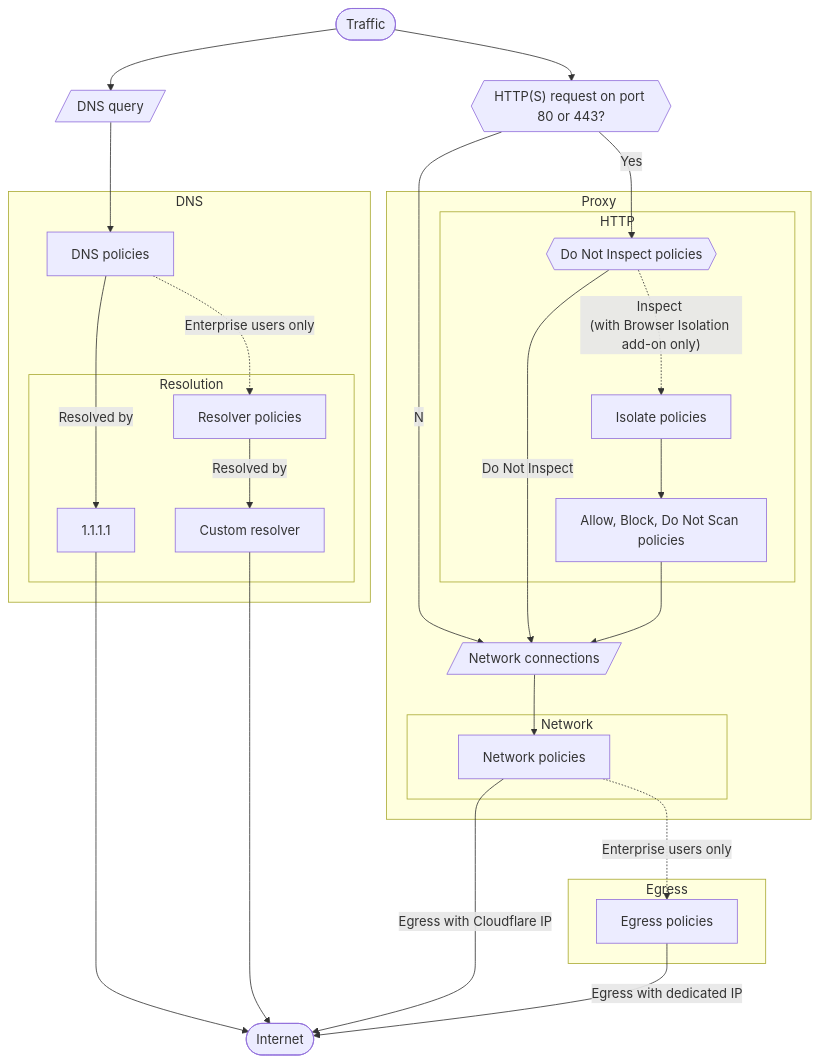
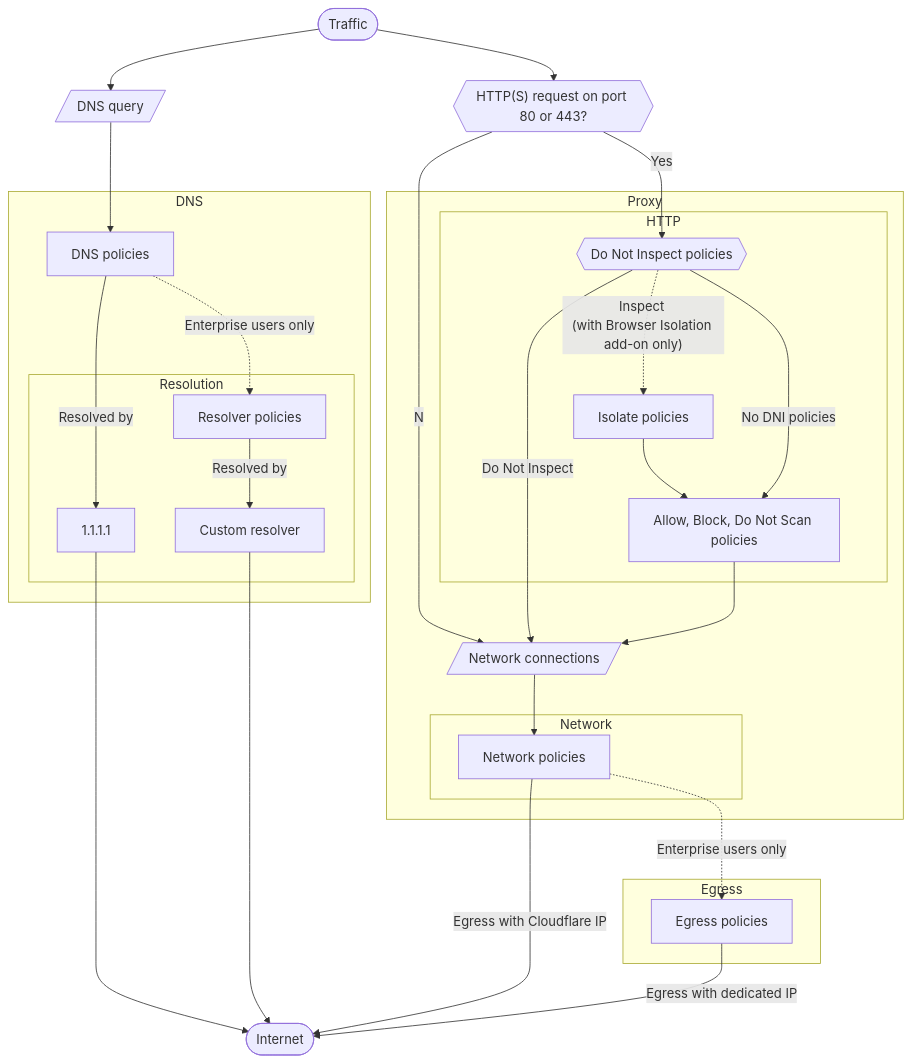
One commit to cloudflare/cloudflare-docs changed the diagram in content/cloudflare-one/policies/gateway/order-of-enforcement.md. Above: the diagram before and after it, drawn with Mermaid.

Commit message:
Add link for no DNI policies

````diff
--- a/content/cloudflare-one/policies/gateway/order-of-enforcement.md
+++ b/content/cloudflare-one/policies/gateway/order-of-enforcement.md
@@ -11,58 +11,59 @@
 ```mermaid
 flowchart TB
     %% Accessibility
     accTitle: Gateway order of enforcement
     accDescr: Flowchart describing the order of enforcement for Gateway policies.
 
     %% In with user traffic
     start(["Traffic"])-->dns0[/"DNS query"/]-->dns1
     start-->http0{{"HTTP(S) request on port 80 or 443?"}}
     http0--Yes-->http1
     http0--No-->network0
 
     %% DNS policies
     subgraph DNS
     dns1["DNS policies"]
     style DNS text-align:left
     dns1--Resolved by-->dns2["1.1.1.1"]
     dns1-.Enterprise users only.->dns3
 
         %% DNS resolution
         subgraph Resolution
         dns2["1.1.1.1"]
         dns3["Resolver policies"]--Resolved by-->dns4["Custom resolver"]
         end
 
     end
     dns2["1.1.1.1"]----->internet
     dns4----->internet
 
     %% Proxied by Gateway
     subgraph Proxy
 
     %% HTTP policies
     subgraph HTTP
     http1{{"Do Not Inspect policies"}}
-    http1-."Inspect </br>(with Browser Isolation add-on only)".->http2["Isolate policies"]
+    http1-."Inspect <br />(with Browser Isolation add-on only)".->http2["Isolate policies"]
     http2-->http3["Allow, Block, Do Not Scan policies"]
+    http1--"No DNI policies"-->http3
     end
 
     http1--Do Not Inspect-->network0
     http3-->network0
     network0[/"Network connections"/]-->network1
 
     %% Network policies
     subgraph Network
     network1["Network policies"]
     end
     end
 
     %% Egress
     subgraph Egress
     network1-.Enterprise users only.->egress1[Egress policies]
     end
 
     %% Finish
     network1--Egress with Cloudflare IP-->internet([Internet])
     egress1--Egress with dedicated IP-->internet
 ```
````
